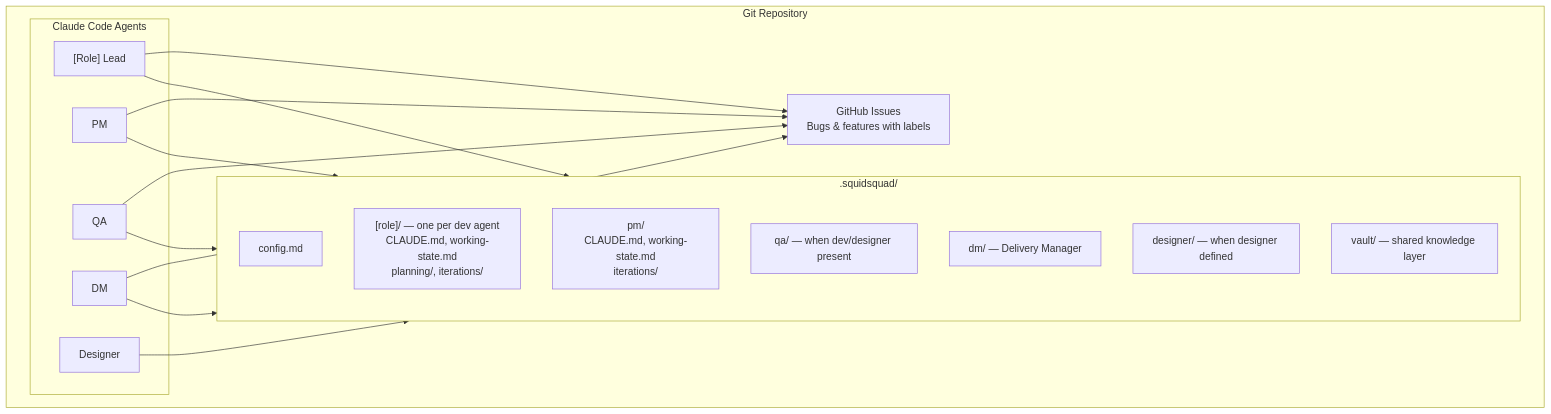
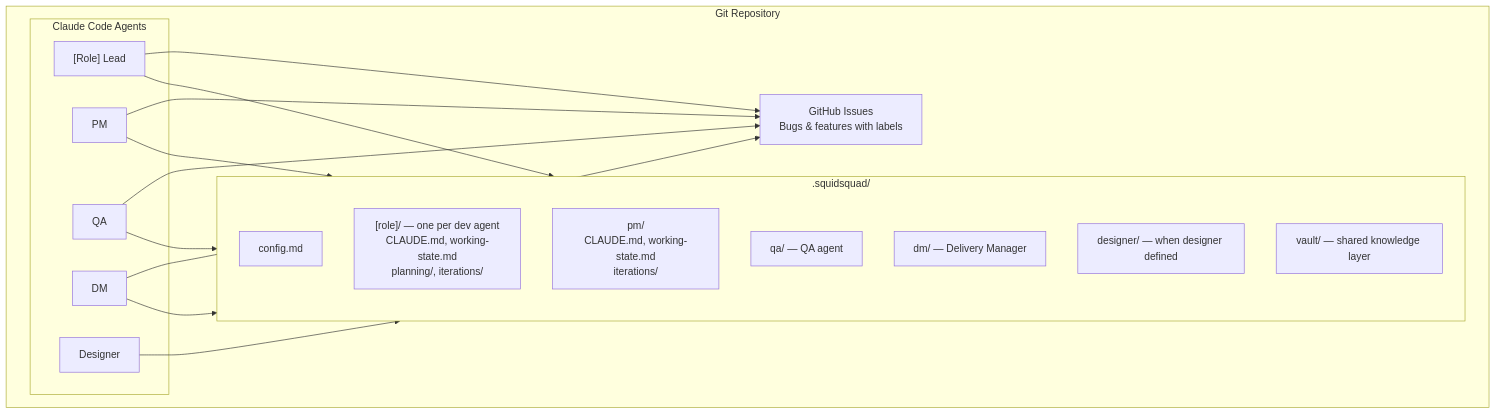
Before and after one commit to WallyDoodlez/SquidSquad: the diagram in SKILL.md, drawn with Mermaid. The commit also changed other lines of this file and 1 other file, not shown here.

````diff
--- a/SKILL.md
+++ b/SKILL.md
@@ -18,34 +18,34 @@
 ```mermaid
 graph TD
     subgraph repo["Git Repository"]
         subgraph agents["Claude Code Agents"]
             RL["[Role] Lead"]
             DE["Designer"]
             QA["QA"]
             PM["PM"]
             DM["DM"]
         end
 
         subgraph squid[".squidsquad/"]
             config["config.md"]
             role_dir["[role]/ — one per dev agent\nCLAUDE.md, working-state.md\nplanning/, iterations/"]
             pm_dir["pm/\nCLAUDE.md, working-state.md\niterations/"]
-            qa_dir["qa/ — when dev/designer present"]
+            qa_dir["qa/ — QA agent"]
             dm_dir["dm/ — Delivery Manager"]
             designer_dir["designer/ — when designer defined"]
             vault["vault/ — shared knowledge layer"]
         end
 
         GH["GitHub Issues\nBugs & features with labels"]
     end
 
     RL --> squid
     DE --> squid
     QA --> squid
     PM --> squid
     DM --> squid
     RL --> GH
     PM --> GH
     QA --> GH
     DM --> GH
 ```
````
